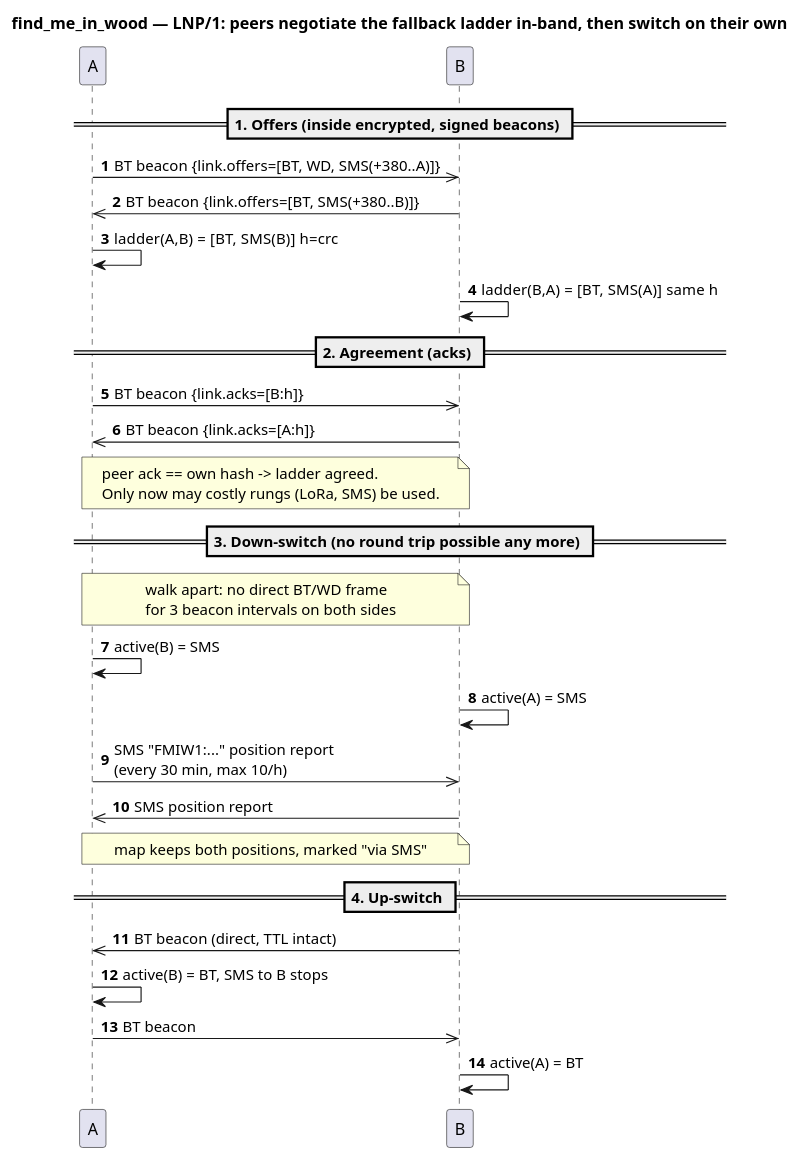
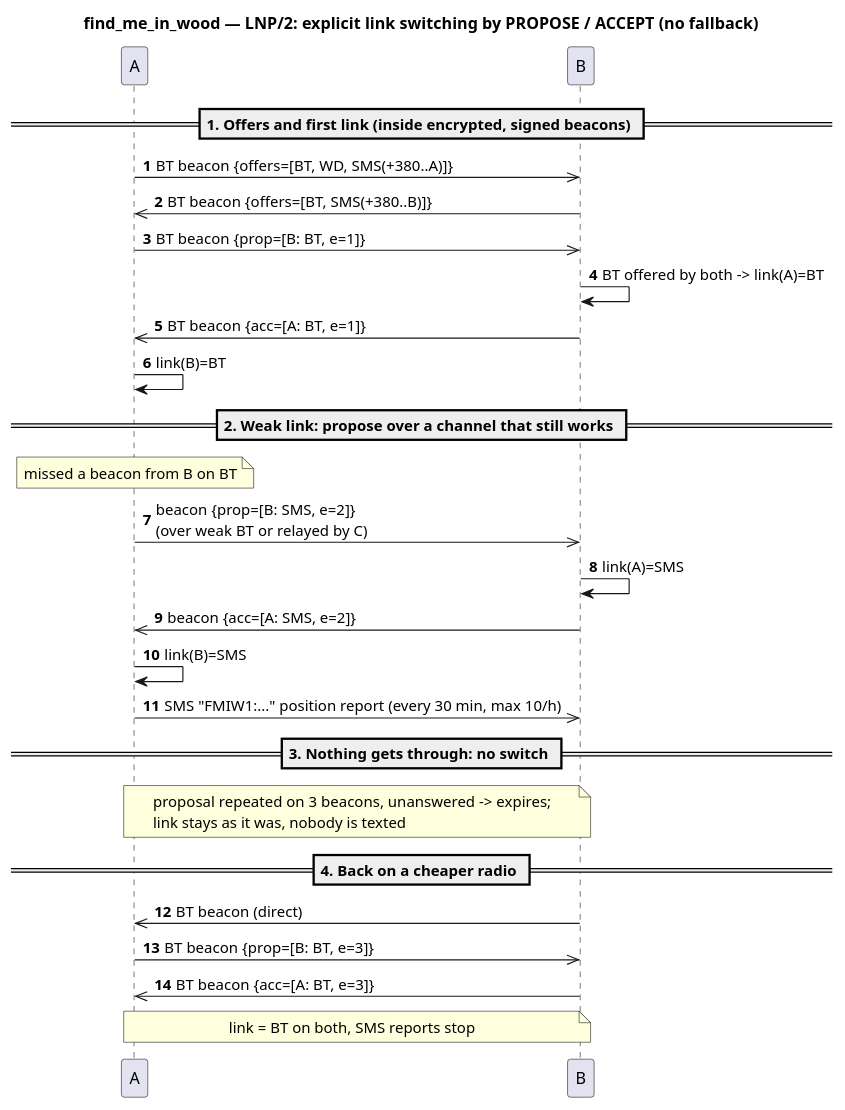
Before and after one commit to icegood/find_me_in_wood: the diagram in specs/001-secure-network-gnss-beacons/edge-switch.wsd, drawn with PlantUML. The commit also changed 16 other files, not shown here.

```diff
--- a/specs/001-secure-network-gnss-beacons/edge-switch.wsd
+++ b/specs/001-secure-network-gnss-beacons/edge-switch.wsd
@@ -1,31 +1,31 @@
 @startuml
-title find_me_in_wood — LNP/1: peers negotiate the fallback ladder in-band, then switch on their own
+title find_me_in_wood — LNP/2: explicit link switching by PROPOSE / ACCEPT (no fallback)
 autonumber
 participant "A" as A
 participant "B" as B
 
-== 1. Offers (inside encrypted, signed beacons) ==
-A ->> B : BT beacon {link.offers=[BT, WD, SMS(+380..A)]}
-B ->> A : BT beacon {link.offers=[BT, SMS(+380..B)]}
-A -> A : ladder(A,B) = [BT, SMS(B)]  h=crc
-B -> B : ladder(B,A) = [BT, SMS(A)]  same h
+== 1. Offers and first link (inside encrypted, signed beacons) ==
+A ->> B : BT beacon {offers=[BT, WD, SMS(+380..A)]}
+B ->> A : BT beacon {offers=[BT, SMS(+380..B)]}
+A ->> B : BT beacon {prop=[B: BT, e=1]}
+B -> B : BT offered by both -> link(A)=BT
+B ->> A : BT beacon {acc=[A: BT, e=1]}
+A -> A : link(B)=BT
 
-== 2. Agreement (acks) ==
-A ->> B : BT beacon {link.acks=[B:h]}
-B ->> A : BT beacon {link.acks=[A:h]}
-note over A, B : peer ack == own hash -> ladder agreed.\nOnly now may costly rungs (LoRa, SMS) be used.
+== 2. Weak link: propose over a channel that still works ==
+note over A : missed a beacon from B on BT
+A ->> B : beacon {prop=[B: SMS, e=2]}\n(over weak BT or relayed by C)
+B -> B : link(A)=SMS
+B ->> A : beacon {acc=[A: SMS, e=2]}
+A -> A : link(B)=SMS
+A ->> B : SMS "FMIW1:..." position report (every 30 min, max 10/h)
 
-== 3. Down-switch (no round trip possible any more) ==
-note over A, B : walk apart: no direct BT/WD frame\nfor 3 beacon intervals on both sides
-A -> A : active(B) = SMS
-B -> B : active(A) = SMS
-A ->> B : SMS "FMIW1:..." position report\n(every 30 min, max 10/h)
-B ->> A : SMS position report
-note over A, B : map keeps both positions, marked "via SMS"
+== 3. Nothing gets through: no switch ==
+note over A, B : proposal repeated on 3 beacons, unanswered -> expires;\nlink stays as it was, nobody is texted
 
-== 4. Up-switch ==
-B ->> A : BT beacon (direct, TTL intact)
-A -> A : active(B) = BT, SMS to B stops
-A ->> B : BT beacon
-B -> B : active(A) = BT
+== 4. Back on a cheaper radio ==
+B ->> A : BT beacon (direct)
+A ->> B : BT beacon {prop=[B: BT, e=3]}
+B ->> A : BT beacon {acc=[A: BT, e=3]}
+note over A, B : link = BT on both, SMS reports stop
 @enduml
```
